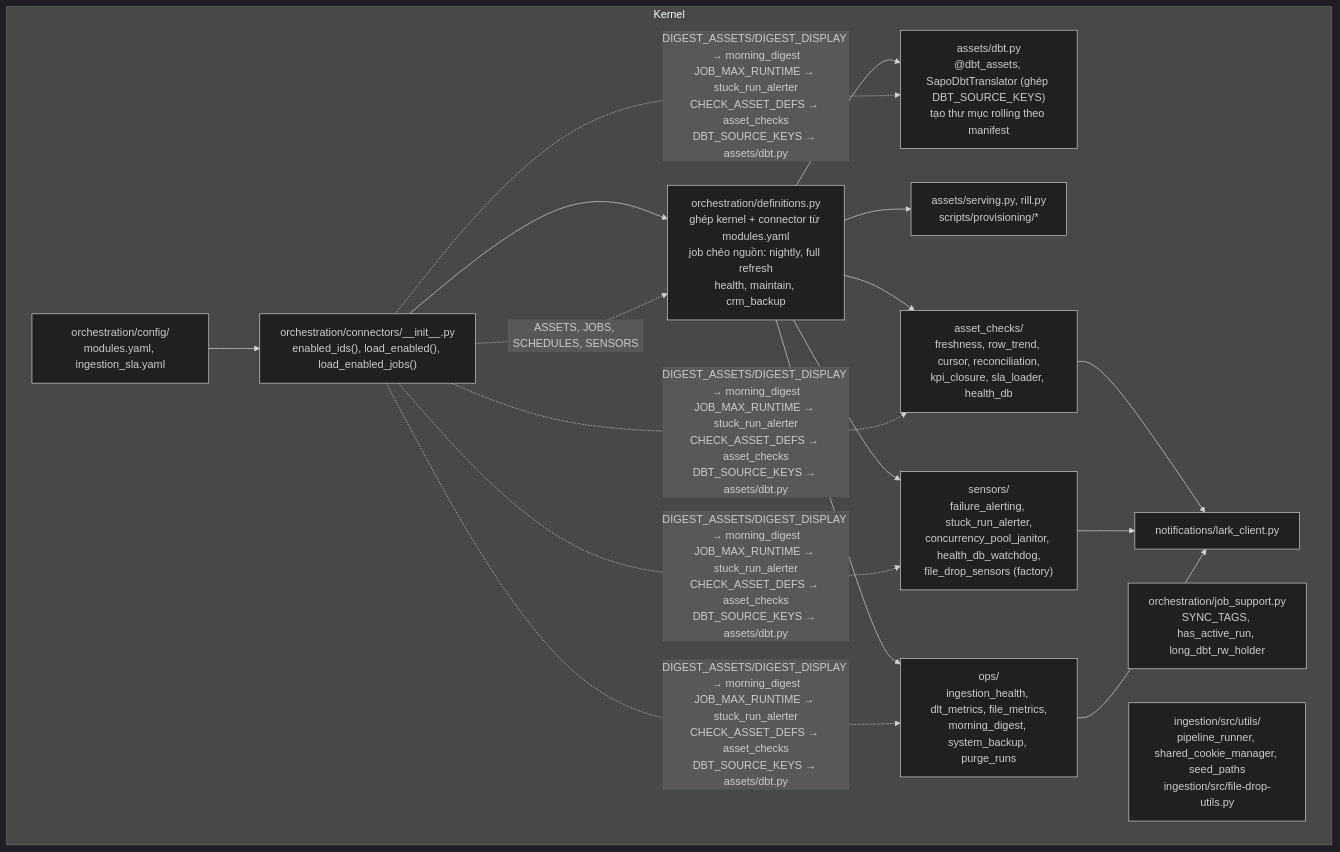
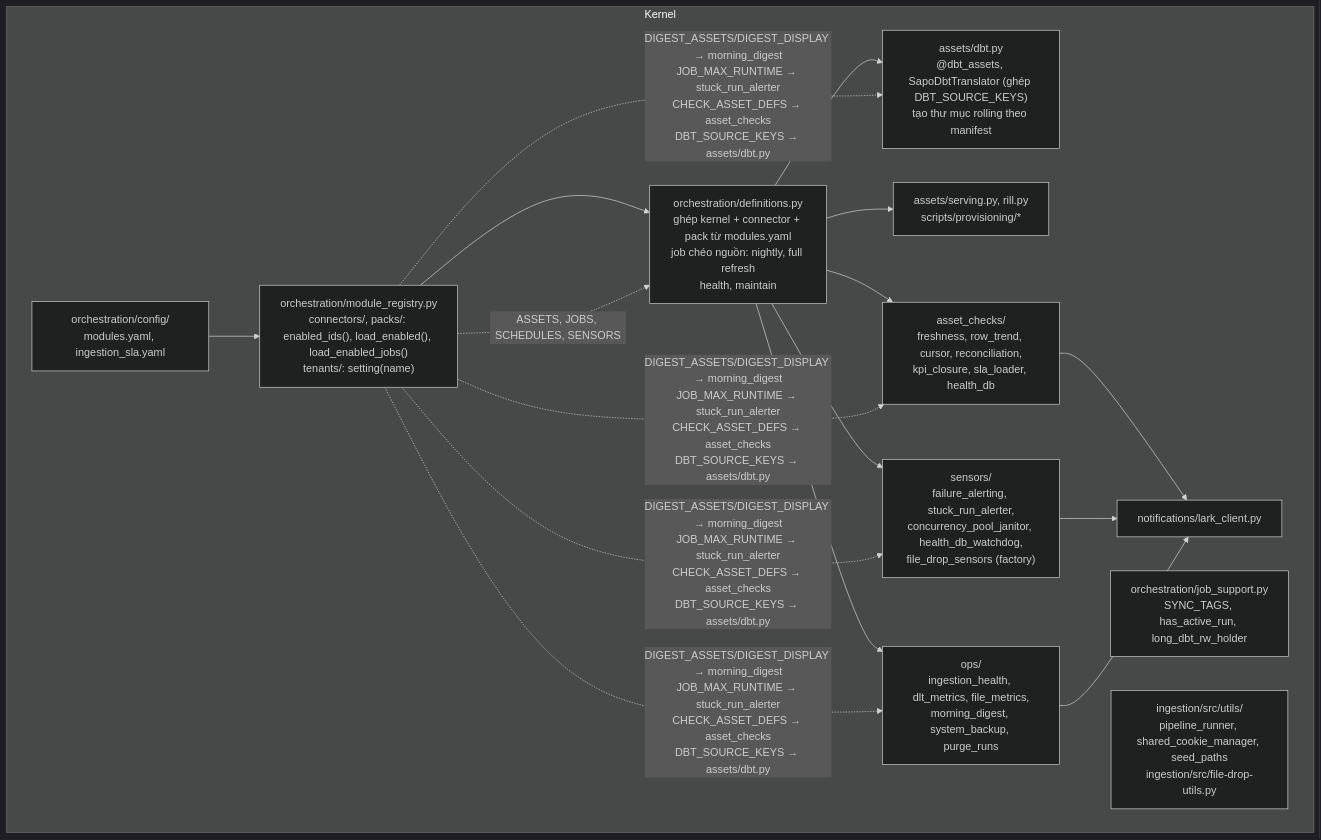
The fourth of 13 diagrams in docs/architecture/modules.md (vantt/data-integration), drawn with Mermaid (dark theme) before and after one commit. The commit also changed other lines of this file and 149 other files, not shown here.

First line of the commit message:
refactor(modules): move product logic into packs and keep only US shipment in the Fine Japan tenant

````diff
--- a/docs/architecture/modules.md
+++ b/docs/architecture/modules.md
@@ -245,21 +274,21 @@
 ```mermaid
 flowchart TB
     subgraph KERNEL["Kernel"]
-        DEF["orchestration/definitions.py<br/>ghép kernel + connector từ modules.yaml<br/>job chéo nguồn: nightly, full refresh<br/>health, maintain, crm_backup"]
-        REG["orchestration/connectors/__init__.py<br/>enabled_ids(), load_enabled(), load_enabled_jobs()"]
+        DEF["orchestration/definitions.py<br/>ghép kernel + connector + pack từ modules.yaml<br/>job chéo nguồn: nightly, full refresh<br/>health, maintain"]
+        REG["orchestration/module_registry.py<br/>connectors/, packs/: enabled_ids(), load_enabled(), load_enabled_jobs()<br/>tenants/: setting(name)"]
         CFG["orchestration/config/<br/>modules.yaml, ingestion_sla.yaml"]
         JS["orchestration/job_support.py<br/>SYNC_TAGS, has_active_run, long_dbt_rw_holder"]
         DBTA["assets/dbt.py<br/>@dbt_assets, SapoDbtTranslator (ghép DBT_SOURCE_KEYS)<br/>tạo thư mục rolling theo manifest"]
         SERV["assets/serving.py, rill.py<br/>scripts/provisioning/*"]
         CHK["asset_checks/<br/>freshness, row_trend, cursor, reconciliation,<br/>kpi_closure, sla_loader, health_db"]
         SEN["sensors/<br/>failure_alerting, stuck_run_alerter,<br/>concurrency_pool_janitor, health_db_watchdog,<br/>file_drop_sensors (factory)"]
         OPS["ops/<br/>ingestion_health, dlt_metrics, file_metrics,<br/>morning_digest, system_backup, purge_runs"]
         NOTI["notifications/lark_client.py"]
         RUN["ingestion/src/utils/<br/>pipeline_runner, shared_cookie_manager, seed_paths<br/>ingestion/src/file-drop-utils.py"]
     end
     CFG --> REG --> DEF
     DEF --> DBTA & SERV & CHK & SEN & OPS
     CHK & SEN & OPS --> NOTI
     REG -. "ASSETS, JOBS, SCHEDULES, SENSORS" .-> DEF
     REG -. "DIGEST_ASSETS/DIGEST_DISPLAY → morning_digest<br/>JOB_MAX_RUNTIME → stuck_run_alerter<br/>CHECK_ASSET_DEFS → asset_checks<br/>DBT_SOURCE_KEYS → assets/dbt.py" .-> OPS & SEN & CHK & DBTA
 ```
````
